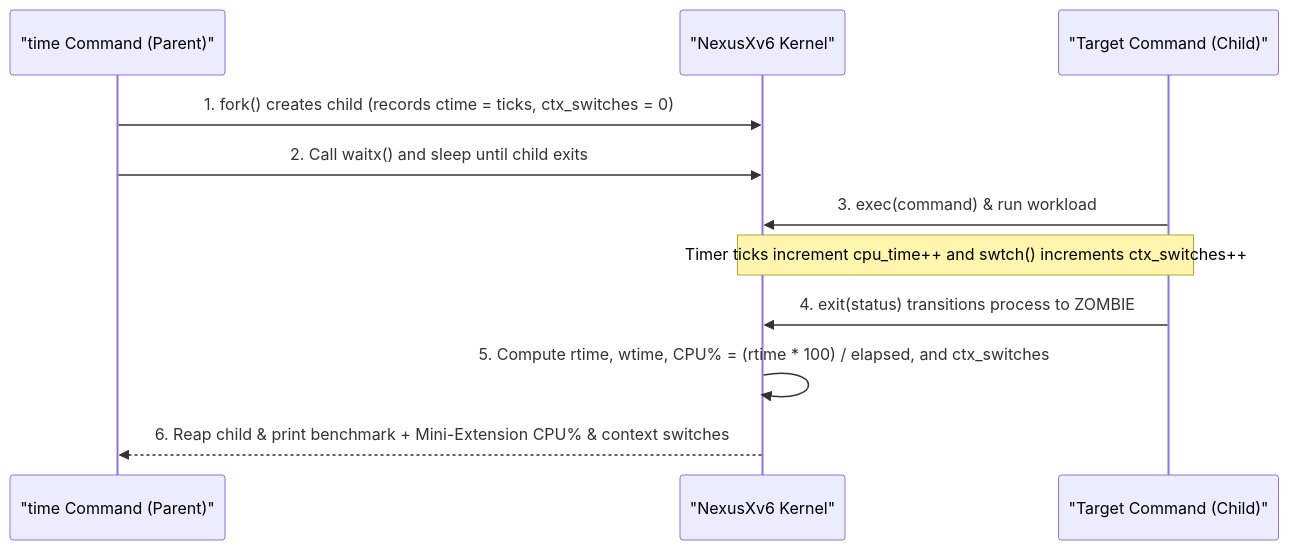
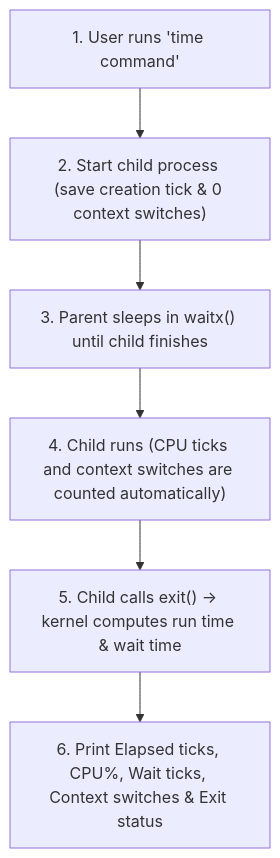
Before and after one commit to asbahkhan67-ctrl/xv6-riscv: diagram 12 of 21 in README.md, drawn with Mermaid. The commit also changed other lines of this file and 27 other files, not shown here.

````diff
--- a/README.md
+++ b/README.md
@@ -763,14 +788,8 @@
 ```mermaid
-sequenceDiagram
-    participant Time as "time Command (Parent)"
-    participant Kern as "NexusXv6 Kernel"
-    participant Child as "Target Command (Child)"
-
-    Time->>Kern: 1. fork() creates child (records ctime = ticks, ctx_switches = 0)
-    Time->>Kern: 2. Call waitx() and sleep until child exits
-    Child->>Kern: 3. exec(command) & run workload
-    Note over Kern,Child: Timer ticks increment cpu_time++ and swtch() increments ctx_switches++
-    Child->>Kern: 4. exit(status) transitions process to ZOMBIE
-    Kern->>Kern: 5. Compute rtime, wtime, CPU% = (rtime * 100) / elapsed, and ctx_switches
-    Kern-->>Time: 6. Reap child & print benchmark + Mini-Extension CPU% & context switches
+flowchart TD
+    A["1. User runs 'time command'"] --> B["2. Start child process (save creation tick & 0 context switches)"]
+    B --> C["3. Parent sleeps in waitx() until child finishes"]
+    C --> D["4. Child runs (CPU ticks and context switches are counted automatically)"]
+    D --> E["5. Child calls exit() -> kernel computes run time & wait time"]
+    E --> F["6. Print Elapsed ticks, CPU%, Wait ticks, Context switches & Exit status"]
 ```
````
